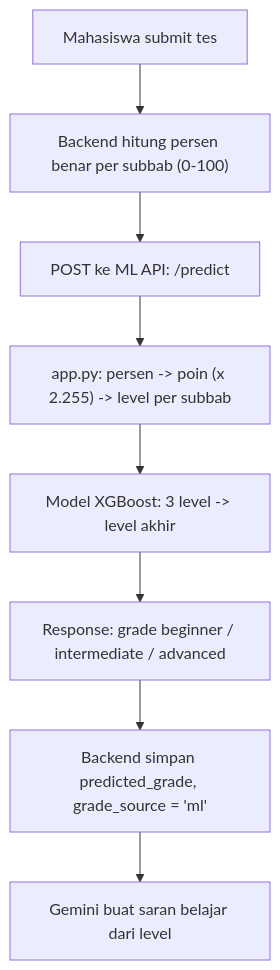
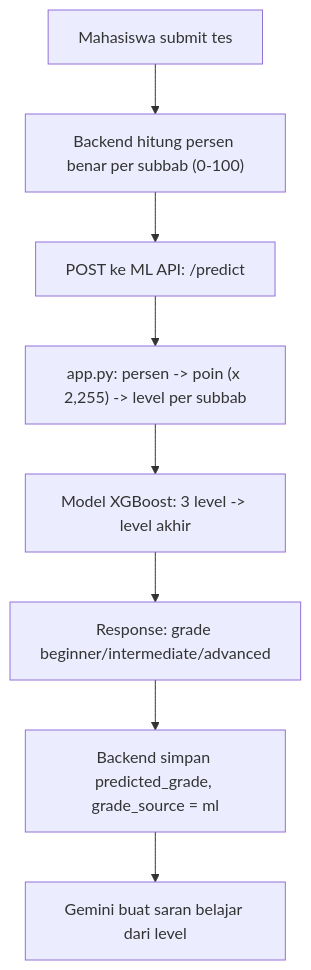
The diagram in ml-deploy-plan.md (alyxph/iaet), drawn with Mermaid before and after one commit. The commit also changed other lines of this file and 3 other files, not shown here.

````diff
--- a/ml-deploy-plan.md
+++ b/ml-deploy-plan.md
@@ -58,10 +60,10 @@
 ```mermaid
 flowchart TD
     A["Mahasiswa submit tes"] --> B["Backend hitung persen benar per subbab (0-100)"]
     B --> C["POST ke ML API: /predict"]
-    C --> D["app.py: persen -> poin (x 2.255) -> level per subbab"]
+    C --> D["app.py: persen -> poin (x 2,255) -> level per subbab"]
     D --> E["Model XGBoost: 3 level -> level akhir"]
-    E --> F["Response: grade beginner / intermediate / advanced"]
-    F --> G["Backend simpan predicted_grade, grade_source = 'ml'"]
+    E --> F["Response: grade beginner/intermediate/advanced"]
+    F --> G["Backend simpan predicted_grade, grade_source = ml"]
     G --> H["Gemini buat saran belajar dari level"]
 ```
````
